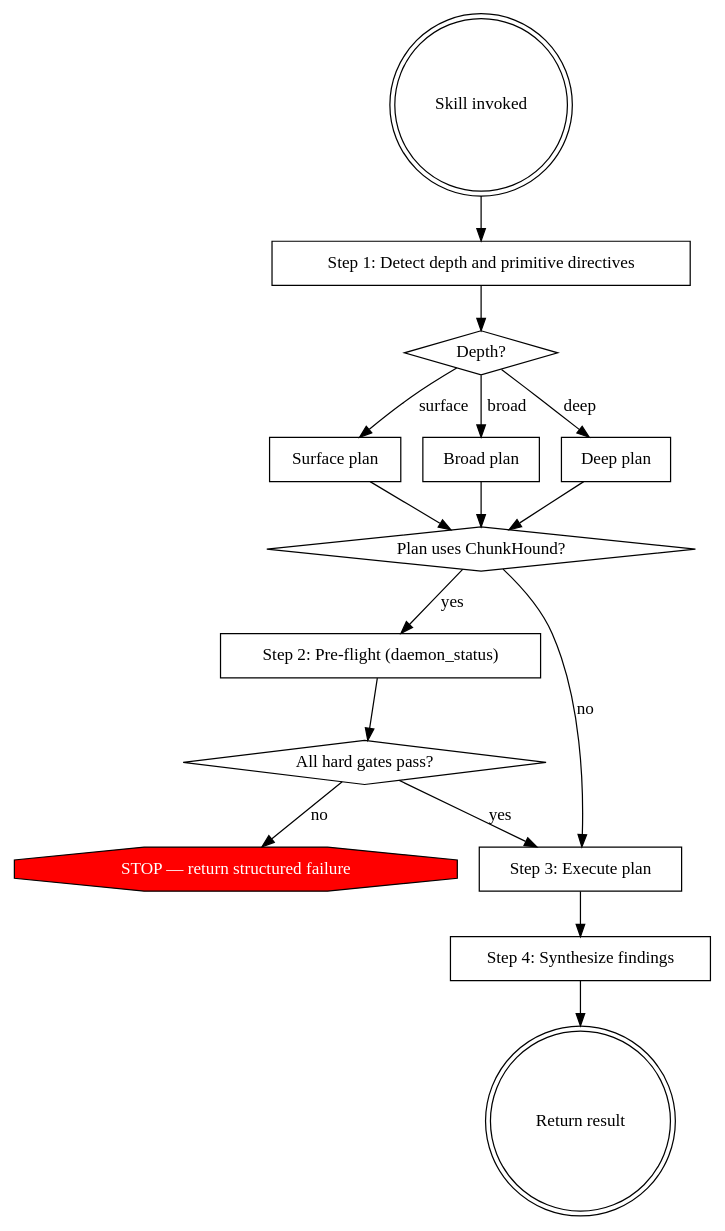
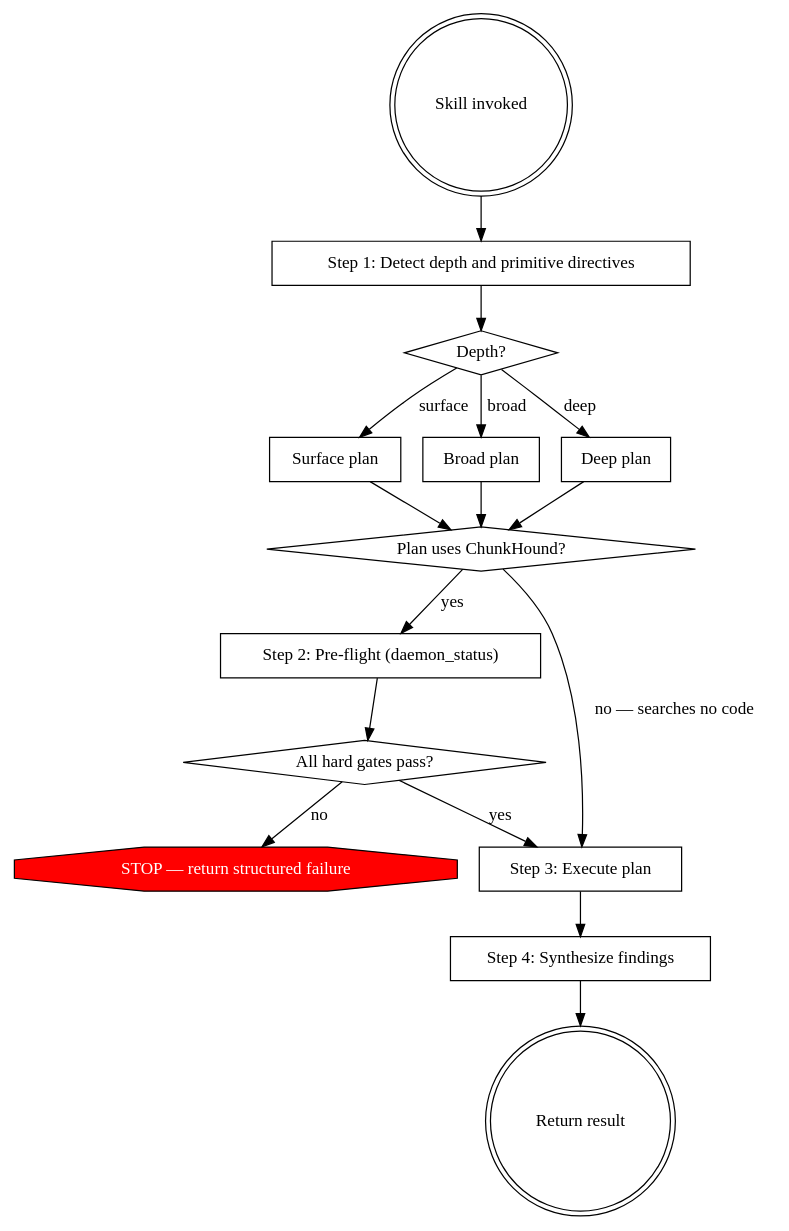
The diagram in plugins/chunkhound-integration/skills/researching-code/SKILL.md (shopwareLabs/ai-coding-tools), drawn with Graphviz before and after one commit. The commit also changed other lines of this file and 6 other files, not shown here.

````diff
--- a/plugins/chunkhound-integration/skills/researching-code/SKILL.md
+++ b/plugins/chunkhound-integration/skills/researching-code/SKILL.md
@@ -20,33 +20,33 @@
 ```dot
 digraph researching_code {
     "Skill invoked" [shape=doublecircle];
     "Step 1: Detect depth and primitive directives" [shape=box];
     "Depth?" [shape=diamond];
     "Surface plan" [shape=box];
     "Broad plan" [shape=box];
     "Deep plan" [shape=box];
     "Plan uses ChunkHound?" [shape=diamond];
     "Step 2: Pre-flight (daemon_status)" [shape=box];
     "All hard gates pass?" [shape=diamond];
     "STOP — return structured failure" [shape=octagon, style=filled, fillcolor=red, fontcolor=white];
     "Step 3: Execute plan" [shape=box];
     "Step 4: Synthesize findings" [shape=box];
     "Return result" [shape=doublecircle];
 
     "Skill invoked" -> "Step 1: Detect depth and primitive directives";
     "Step 1: Detect depth and primitive directives" -> "Depth?";
     "Depth?" -> "Surface plan" [label="surface"];
     "Depth?" -> "Broad plan" [label="broad"];
     "Depth?" -> "Deep plan" [label="deep"];
     "Surface plan" -> "Plan uses ChunkHound?";
     "Broad plan" -> "Plan uses ChunkHound?";
     "Deep plan" -> "Plan uses ChunkHound?";
     "Plan uses ChunkHound?" -> "Step 2: Pre-flight (daemon_status)" [label="yes"];
-    "Plan uses ChunkHound?" -> "Step 3: Execute plan" [label="no"];
+    "Plan uses ChunkHound?" -> "Step 3: Execute plan" [label="no — searches no code"];
     "Step 2: Pre-flight (daemon_status)" -> "All hard gates pass?";
     "All hard gates pass?" -> "STOP — return structured failure" [label="no"];
     "All hard gates pass?" -> "Step 3: Execute plan" [label="yes"];
     "Step 3: Execute plan" -> "Step 4: Synthesize findings";
     "Step 4: Synthesize findings" -> "Return result";
 }
 ```
````
